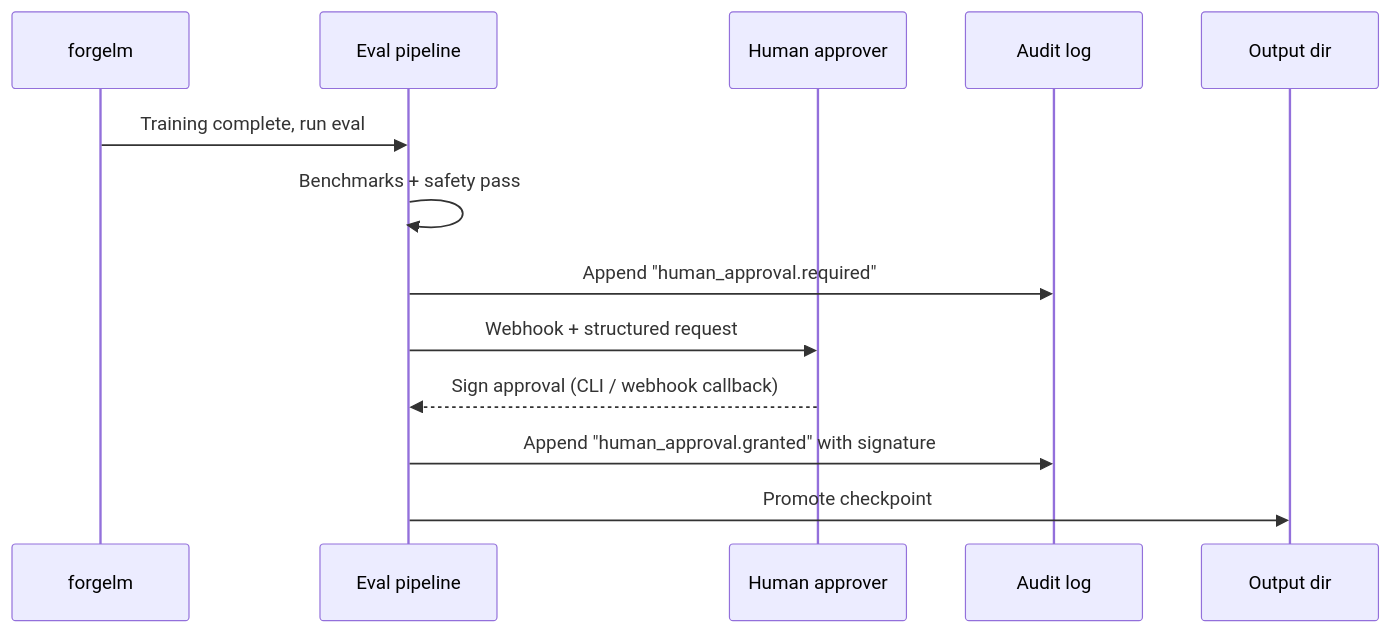
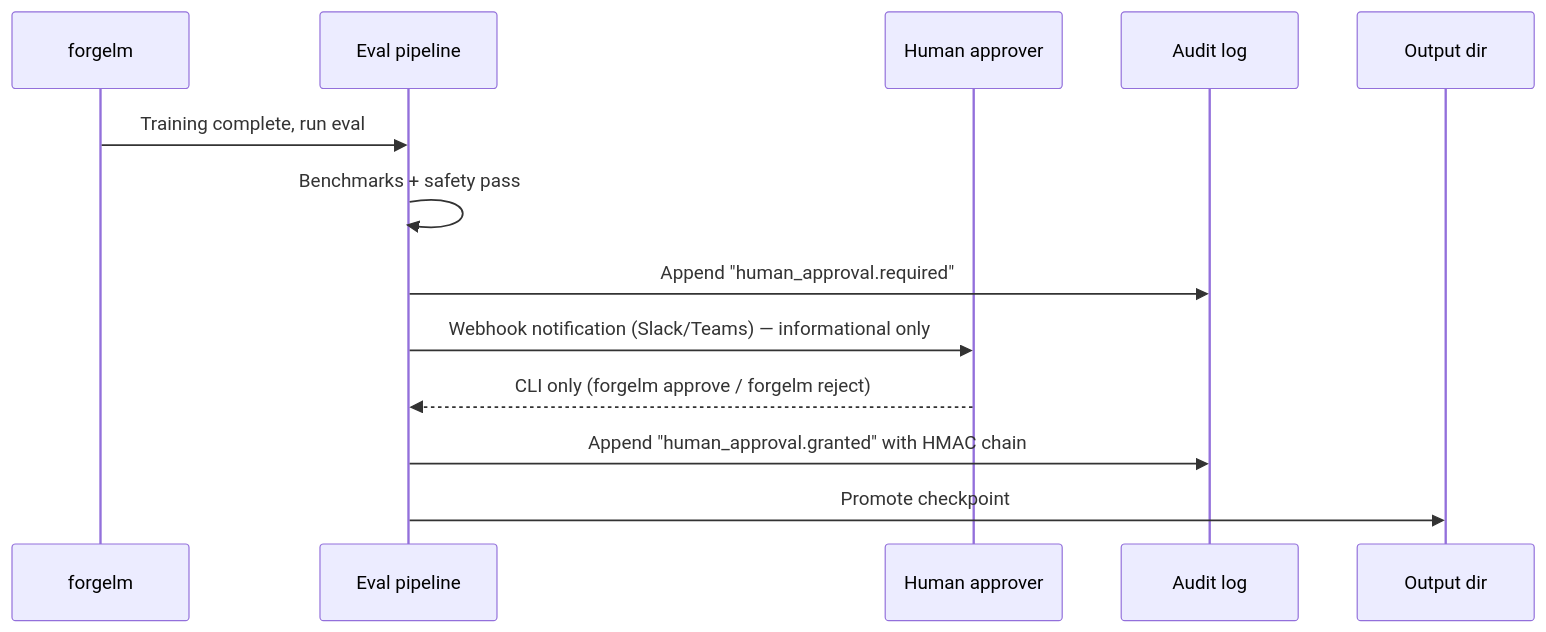
Before and after one commit to cemililik/ForgeLM: the diagram in docs/usermanuals/en/compliance/human-oversight.md, drawn with Mermaid. The commit also changed 19 other files, not shown here.

````diff
--- a/docs/usermanuals/en/compliance/human-oversight.md
+++ b/docs/usermanuals/en/compliance/human-oversight.md
@@ -12,16 +12,16 @@
 ```mermaid
 sequenceDiagram
     participant Train as forgelm
     participant Eval as Eval pipeline
     participant Approver as Human approver
     participant Audit as Audit log
     participant Output as Output dir
 
     Train->>Eval: Training complete, run eval
     Eval->>Eval: Benchmarks + safety pass
     Eval->>Audit: Append "human_approval.required"
-    Eval->>Approver: Webhook + structured request
-    Approver-->>Eval: Sign approval (CLI / webhook callback)
-    Eval->>Audit: Append "human_approval.granted" with signature
+    Eval->>Approver: Webhook notification (Slack/Teams) — informational only
+    Approver-->>Eval: CLI only (forgelm approve / forgelm reject)
+    Eval->>Audit: Append "human_approval.granted" with HMAC chain
     Eval->>Output: Promote checkpoint
 ```
````
